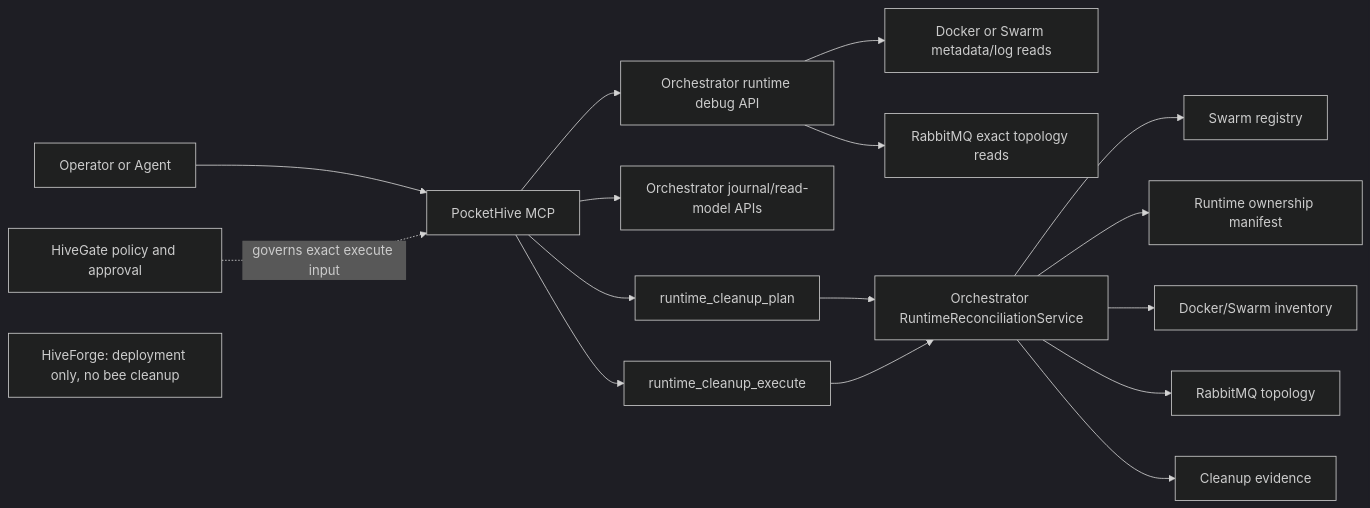
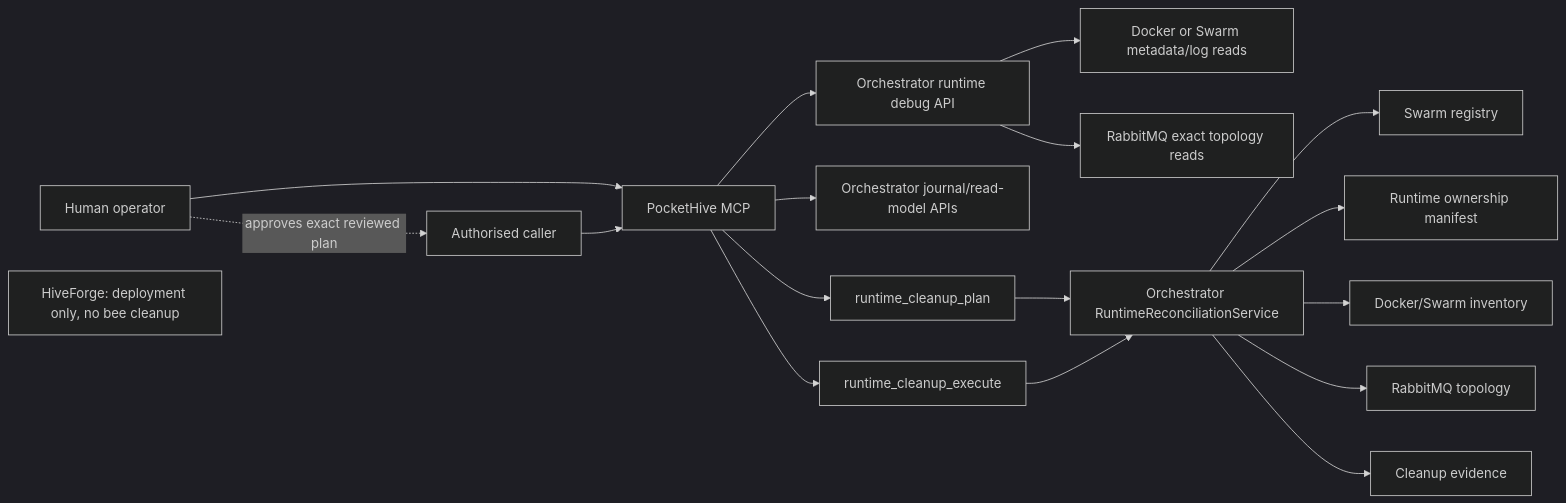
The diagram in docs/inProgress/runtime-debug-mcp-cleanup-spec.md (sepa79/PocketHive), drawn with Mermaid (dark theme) before and after one commit. The commit also changed other lines of this file and 20 other files, not shown here.

````diff
--- a/docs/inProgress/runtime-debug-mcp-cleanup-spec.md
+++ b/docs/inProgress/runtime-debug-mcp-cleanup-spec.md
@@ -66,22 +66,23 @@
 ```mermaid
 flowchart LR
   Operator[Operator or Agent] --> MCP[PocketHive MCP]
   MCP --> DebugAPI[Orchestrator runtime debug API]
   DebugAPI --> Docker[Docker or Swarm metadata/log reads]
   DebugAPI --> RabbitRead[RabbitMQ exact topology reads]
   MCP --> Journal[Orchestrator journal/read-model APIs]
 
   MCP --> Plan[runtime_cleanup_plan]
   MCP --> Execute[runtime_cleanup_execute]
   Plan --> Orchestrator[Orchestrator RuntimeReconciliationService]
   Execute --> Orchestrator
 
   Orchestrator --> Registry[Swarm registry]
   Orchestrator --> Manifest[Runtime ownership manifest]
   Orchestrator --> Inventory[Docker/Swarm inventory]
   Orchestrator --> Topology[RabbitMQ topology]
   Orchestrator --> Evidence[Cleanup evidence]
 
-  HiveGate[HiveGate policy and approval] -. governs exact execute input .-> MCP
+  Operator[Human operator] -. approves exact reviewed plan .-> Caller[Authorised caller]
+  Caller --> MCP
   HiveForge[HiveForge: deployment only, no bee cleanup]
 ```
````
